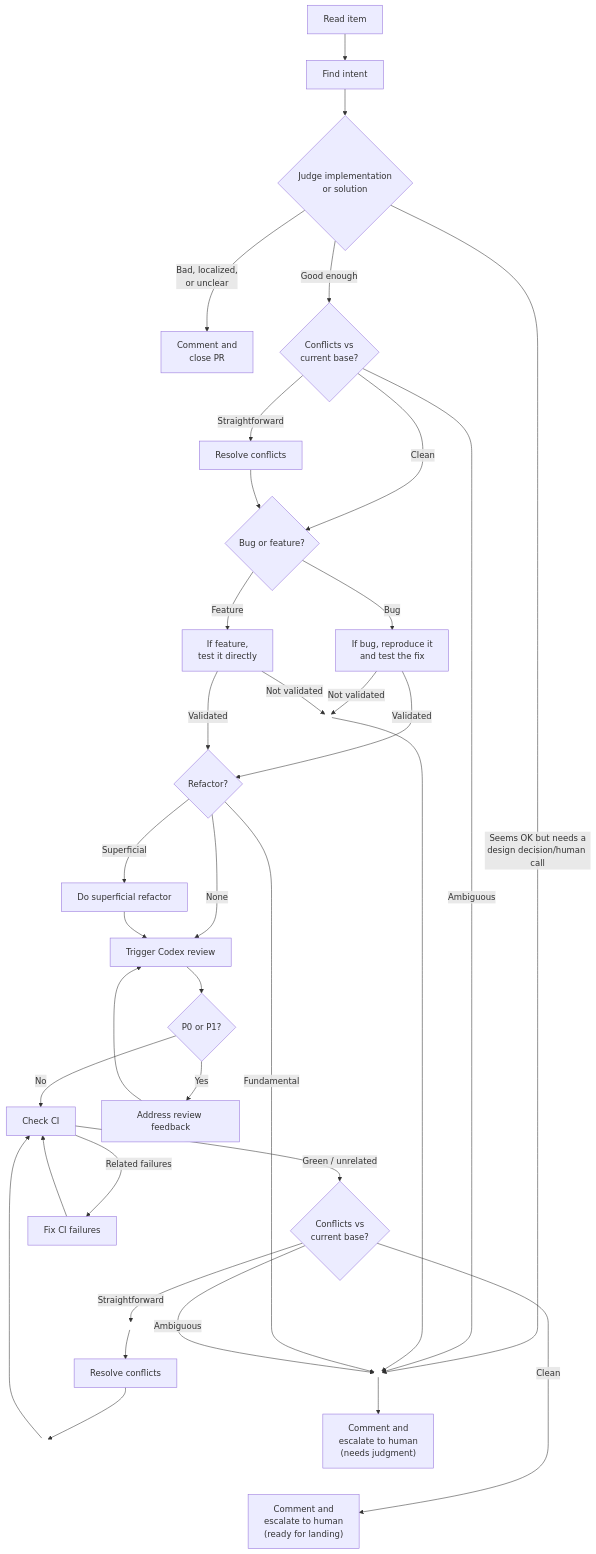
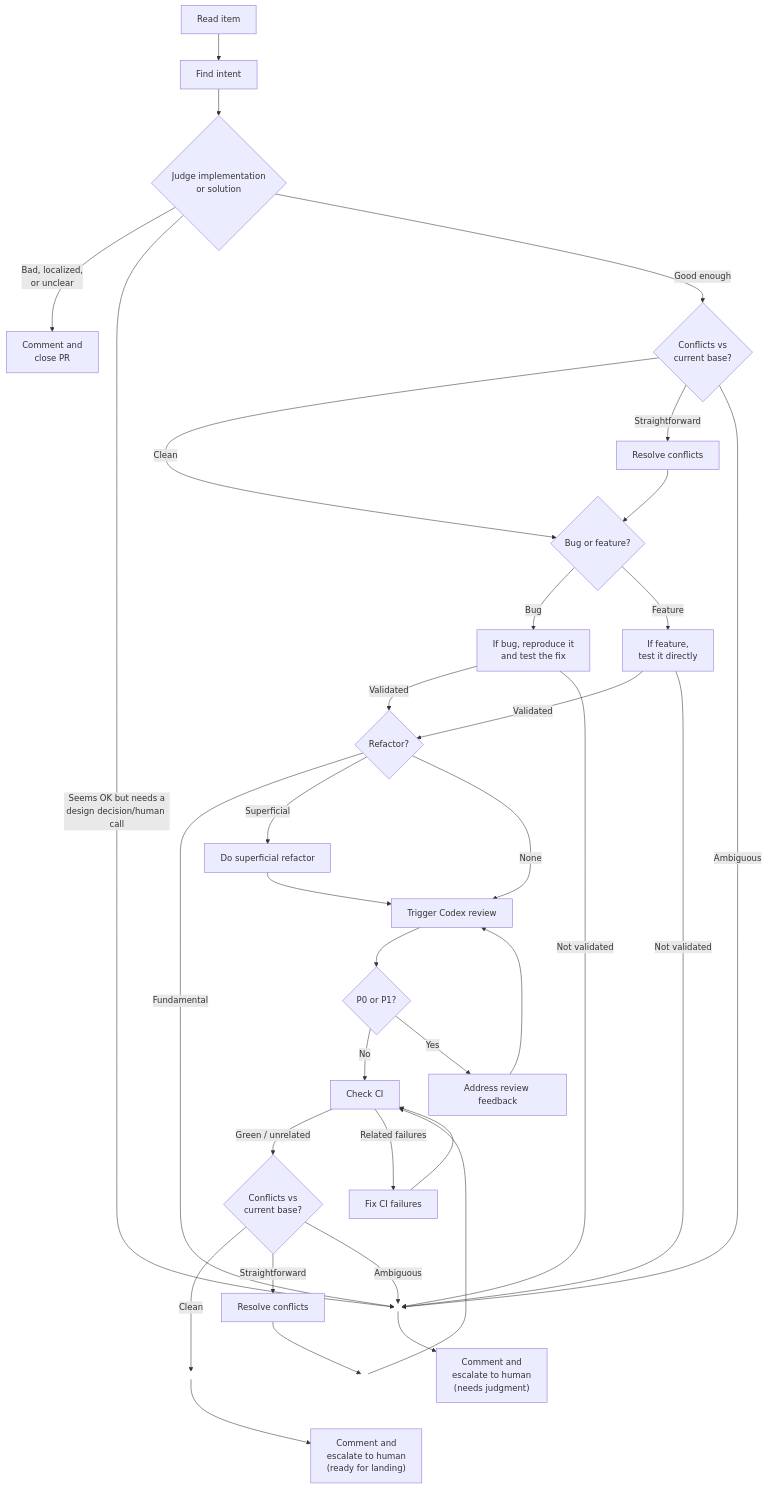
Before and after one commit to openclaw/acpx: the diagram in examples/flows/pr-triage/README.md, drawn with Mermaid.

Commit message:
docs: pick cleaner pr triage flowchart layout

````diff
--- a/examples/flows/pr-triage/README.md
+++ b/examples/flows/pr-triage/README.md
@@ -5,53 +5,49 @@
 ```mermaid
 flowchart TD
     classDef hidden fill:none,stroke:none,color:none,stroke-width:0px;
     A[Read item] --> B[Find intent]
     B --> C{"Judge implementation<br/>or solution"}
-    Y(( ))
-    Z(( ))
-    AA(( ))
-    class Y,Z,AA hidden
+    LeftRail(( ))
+    RightRail(( ))
+    BackRail(( ))
+    class LeftRail,RightRail,BackRail hidden
 
     C -->|"Bad, localized,<br/>or unclear"| D[Comment and<br/>close PR]
-    C -->|"Seems OK but needs a<br/>design decision/human call"| Y
+    C -->|"Seems OK but needs a<br/>design decision/human call"| LeftRail
     C -->|Good enough| M{"Conflicts vs<br/>current base?"}
 
     M -->|Clean| V{Bug or feature?}
     M -->|Straightforward| O[Resolve conflicts]
     O --> V
-    M -->|Ambiguous| Y
+    M -->|Ambiguous| LeftRail
 
     V -->|Bug| P[If bug, reproduce it<br/>and test the fix]
     V -->|Feature| T[If feature,<br/>test it directly]
 
     P -->|Validated| F{Refactor?}
     T -->|Validated| F
-    P -->|"Not validated"| X(( ))
-    T -->|"Not validated"| X
-    X --> Y
-    X ~~~ F
-    class X hidden
+    P -->|"Not validated"| LeftRail
+    T -->|"Not validated"| LeftRail
 
-    F -->|Fundamental| Y
+    F -->|Fundamental| LeftRail
     F -->|Superficial| R[Do superficial refactor]
     F -->|None| G[Trigger Codex review]
     R --> G
 
     G --> H{P0 or P1?}
     H -->|No| J[Check CI]
     H -->|Yes| I[Address review feedback]
     I --> G
     J -->|Green / unrelated| Q{"Conflicts vs<br/>current base?"}
     J -->|Related failures| L[Fix CI failures]
     L --> J
 
-    Q -->|Clean| W["Comment and<br/>escalate to human<br/>(ready for landing)"]
-    Q -->|Straightforward| AA
-    AA --> U[Resolve conflicts]
-    U --> Z
-    Z --> J
-    Q -->|Ambiguous| Y
-    Y --> E["Comment and<br/>escalate to human<br/>(needs judgment)"]
-    AA ~~~ Y
-    Z ~~~ W
+    Q -->|Clean| RightRail
+    Q -->|Straightforward| U[Resolve conflicts]
+    U --> BackRail
+    BackRail --> J
+    Q -->|Ambiguous| LeftRail
+    LeftRail --> E["Comment and<br/>escalate to human<br/>(needs judgment)"]
+    RightRail --> W["Comment and<br/>escalate to human<br/>(ready for landing)"]
+    E ~~~ W
 ```
````
